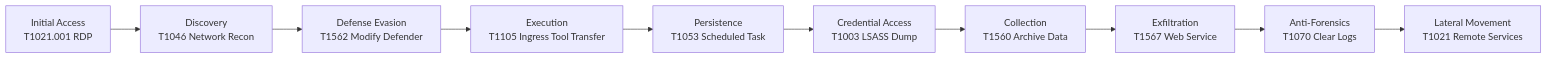
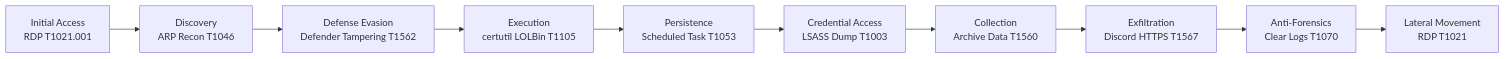
Before and after one commit to brianhannigan/soc-investigation-azuki-import-export: the diagram in README.md, drawn with Mermaid. The commit also changed other lines of this file, not shown here.

````diff
--- a/README.md
+++ b/README.md
@@ -69,12 +81,12 @@
 ```mermaid
 flowchart LR
-A[Initial Access<br>T1021.001 RDP] --> B[Discovery<br>T1046 Network Recon]
-B --> C[Defense Evasion<br>T1562 Modify Defender]
-C --> D[Execution<br>T1105 Ingress Tool Transfer]
-D --> E[Persistence<br>T1053 Scheduled Task]
-E --> F[Credential Access<br>T1003 LSASS Dump]
-F --> G[Collection<br>T1560 Archive Data]
-G --> H[Exfiltration<br>T1567 Web Service]
-H --> I[Anti-Forensics<br>T1070 Clear Logs]
-I --> J[Lateral Movement<br>T1021 Remote Services]
+A[Initial Access<br>RDP T1021.001] --> B[Discovery<br>ARP Recon T1046]
+B --> C[Defense Evasion<br>Defender Tampering T1562]
+C --> D[Execution<br>certutil LOLBin T1105]
+D --> E[Persistence<br>Scheduled Task T1053]
+E --> F[Credential Access<br>LSASS Dump T1003]
+F --> G[Collection<br>Archive Data T1560]
+G --> H[Exfiltration<br>Discord HTTPS T1567]
+H --> I[Anti-Forensics<br>Clear Logs T1070]
+I --> J[Lateral Movement<br>RDP T1021]
 ```
````
